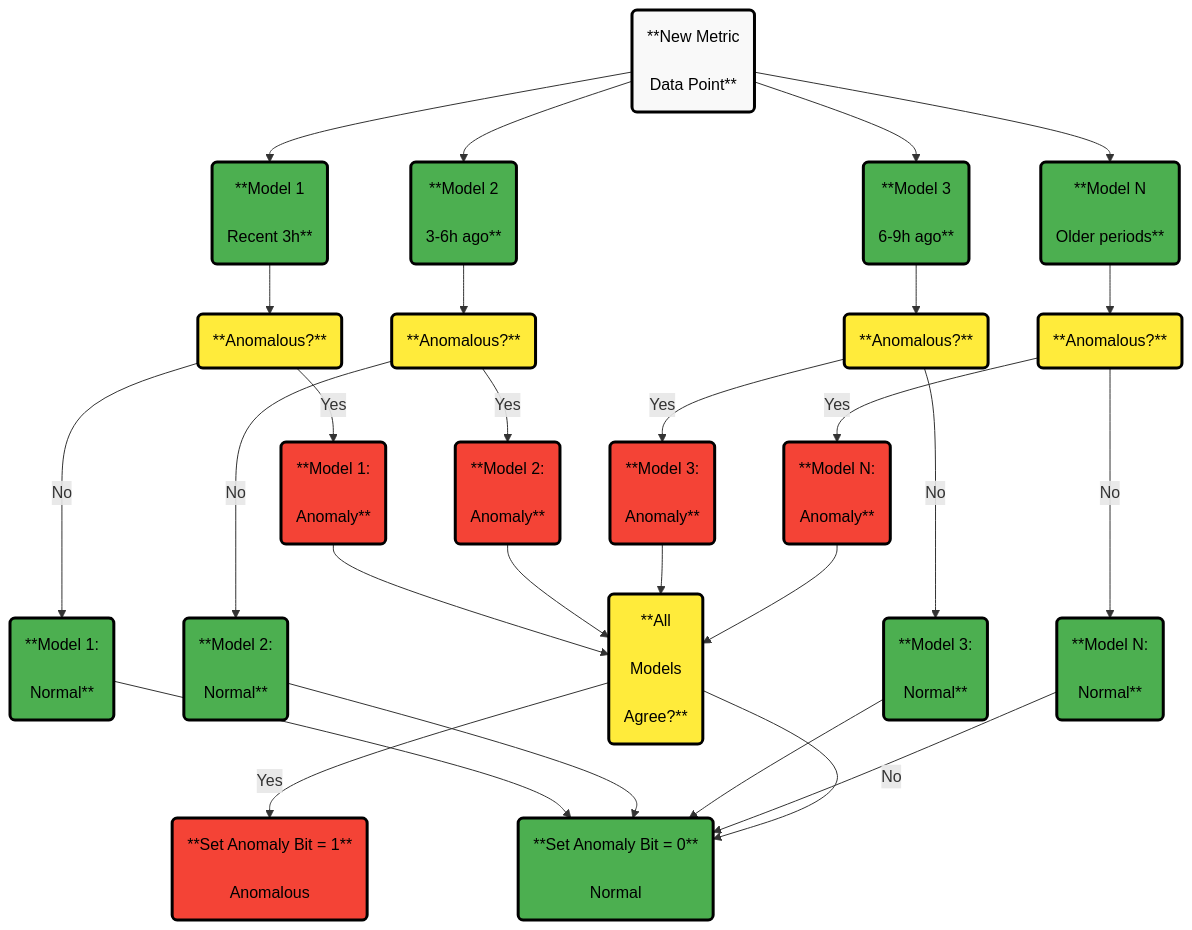
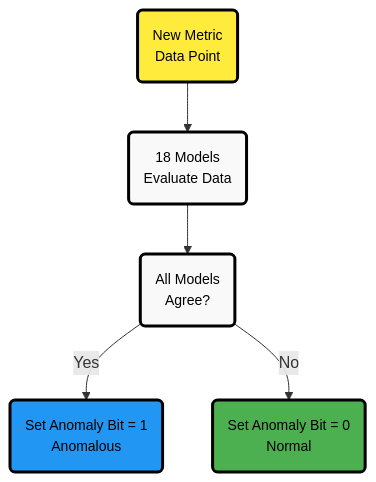
The second of 3 diagrams in src/ml/ml-configuration.md (netdata/netdata), drawn with Mermaid before and after one commit. The commit also changed other lines of this file and 21 other files, not shown here.

Commit message:
Fix Mermaid diagrams across multiple files

````diff
--- a/src/ml/ml-configuration.md
+++ b/src/ml/ml-configuration.md
@@ -96,71 +97,28 @@
 ```mermaid
 flowchart TD
-    NewData("**New Metric<br/><br/>Data Point**")
+    NewData("New Metric<br/>Data Point")
     
-    M1("**Model 1<br/><br/>Recent 3h**")
-    M2("**Model 2<br/><br/>3-6h ago**")
-    M3("**Model 3<br/><br/>6-9h ago**")
-    M4("**Model N<br/><br/>Older periods**")
+    Models("18 Models<br/>Evaluate Data")
     
-    D1("**Anomalous?**")
-    D2("**Anomalous?**")
-    D3("**Anomalous?**")
-    D4("**Anomalous?**")
+    AllAgree("All Models<br/>Agree?")
     
-    R1("**Model 1:<br/><br/>Anomaly**")
-    N1("**Model 1:<br/><br/>Normal**")
-    R2("**Model 2:<br/><br/>Anomaly**")
-    N2("**Model 2:<br/><br/>Normal**")
-    R3("**Model 3:<br/><br/>Anomaly**")
-    N3("**Model 3:<br/><br/>Normal**")
-    R4("**Model N:<br/><br/>Anomaly**")
-    N4("**Model N:<br/><br/>Normal**")
+    SetNormal("Set Anomaly Bit = 0<br/>Normal")
+    SetAnomalous("Set Anomaly Bit = 1<br/>Anomalous")
     
-    AllYes("**All<br/><br/>Models<br/><br/>Agree?**")
-    AllNo("**Set Anomaly Bit = 0**<br/><br/>Normal")
-    AllAnom("**Set Anomaly Bit = 1**<br/><br/>Anomalous")
-    
-    NewData --> M1
-    NewData --> M2
-    NewData --> M3
-    NewData --> M4
-    
-    M1 --> D1
-    M2 --> D2
-    M3 --> D3
-    M4 --> D4
-    
-    D1 -->|Yes| R1
-    D1 -->|No| N1
-    D2 -->|Yes| R2
-    D2 -->|No| N2
-    D3 -->|Yes| R3
-    D3 -->|No| N3
-    D4 -->|Yes| R4
-    D4 -->|No| N4
-    
-    R1 --> AllYes
-    R2 --> AllYes
-    R3 --> AllYes
-    R4 --> AllYes
-    N1 --> AllNo
-    N2 --> AllNo
-    N3 --> AllNo
-    N4 --> AllNo
-    
-    AllYes -->|Yes| AllAnom
-    AllYes -->|No| AllNo
+    NewData --> Models
+    Models --> AllAgree
+    AllAgree -->|"Yes"| SetAnomalous
+    AllAgree -->|"No"| SetNormal
     
     %% Style definitions
-    classDef neutral fill:#f9f9f9,stroke:#000000,stroke-width:3px,color:#000000,font-size:16px
-    classDef process fill:#ffeb3b,stroke:#000000,stroke-width:3px,color:#000000,font-size:16px
-    classDef complete fill:#4caf50,stroke:#000000,stroke-width:3px,color:#000000,font-size:16px
-    classDef anomaly fill:#f44336,stroke:#000000,stroke-width:3px,color:#000000,font-size:16px
-    
+    classDef alert fill:#ffeb3b,stroke:#000000,stroke-width:3px,color:#000000,font-size:14px
+    classDef neutral fill:#f9f9f9,stroke:#000000,stroke-width:3px,color:#000000,font-size:14px
+    classDef complete fill:#4caf50,stroke:#000000,stroke-width:3px,color:#000000,font-size:14px
+    classDef database fill:#2196F3,stroke:#000000,stroke-width:3px,color:#000000,font-size:14px
+
     %% Apply styles
-    class NewData neutral
-    class M1,M2,M3,M4 complete
-    class D1,D2,D3,D4,AllYes process
-    class R1,R2,R3,R4,AllAnom anomaly
-    class N1,N2,N3,N4,AllNo complete
+    class NewData alert
+    class Models,AllAgree neutral
+    class SetNormal complete
+    class SetAnomalous database
 ```
````
